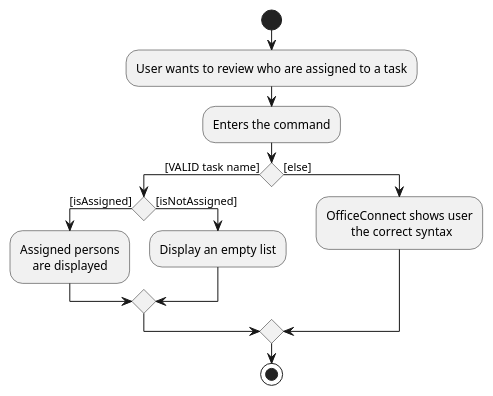
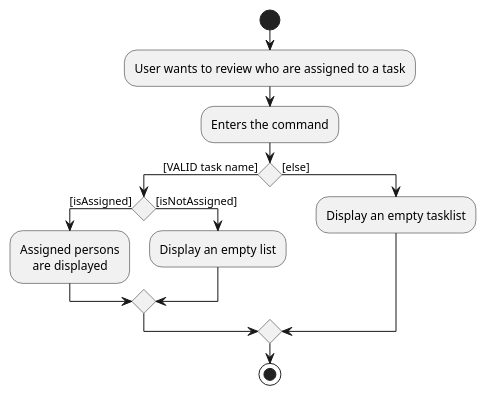
One commit to nus-cs2103-AY2223S2/tp changed the diagram in docs/diagrams/plantuml/FindTaskActivityDiagram.puml. Above: the diagram before and after it, drawn with PlantUML. The commit also changed 5 other files, not shown here.

```diff
--- a/docs/diagrams/plantuml/FindTaskActivityDiagram.puml
+++ b/docs/diagrams/plantuml/FindTaskActivityDiagram.puml
@@ -1,21 +1,20 @@
 @startuml
 'https://plantuml.com/activity-diagram-beta
 
 start
 :User wants to review who are assigned to a task;
 :Enters the command;
 if () then ([VALID task name])
     if () then ([isAssigned])
         :Assigned persons
             are displayed;
     else ([isNotAssigned])
         :Display an empty list;
     endif
 else ([else])
-    :OfficeConnect shows user
-            the correct syntax;
+    :Display an empty tasklist;
 endif
 
 stop
 
 @enduml
```
